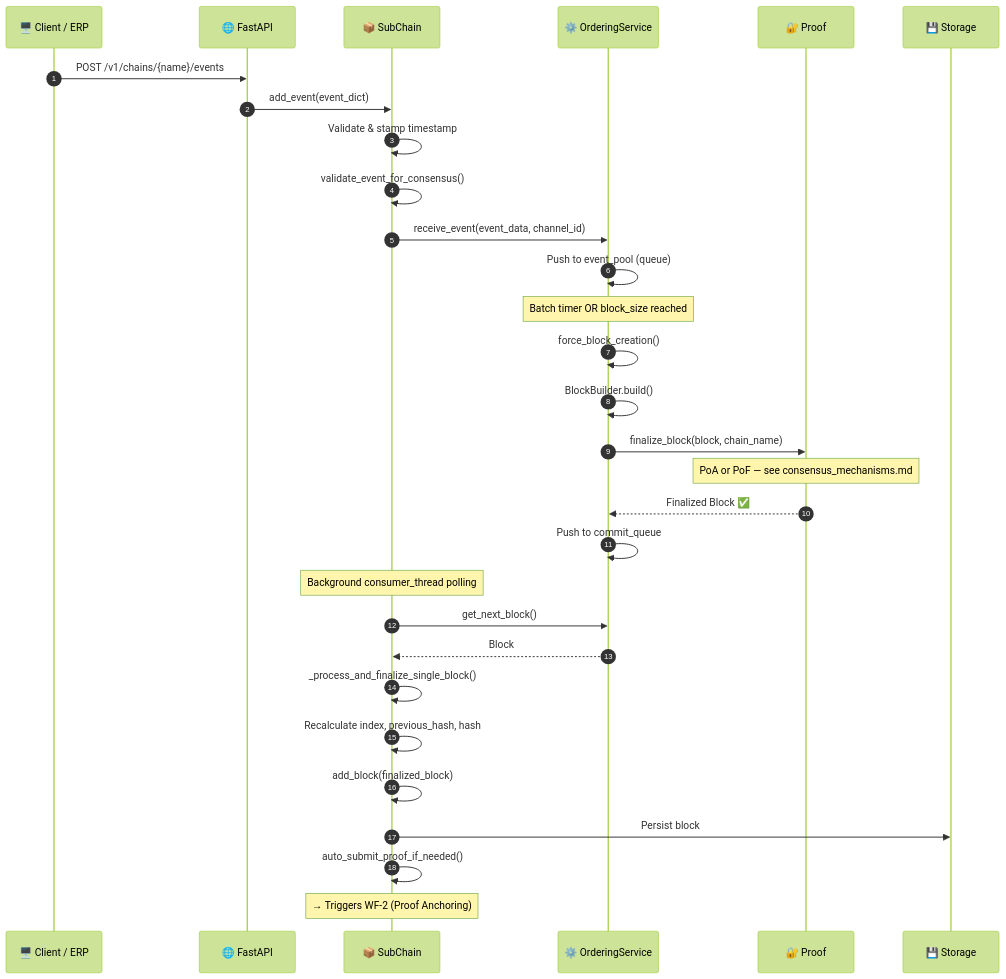
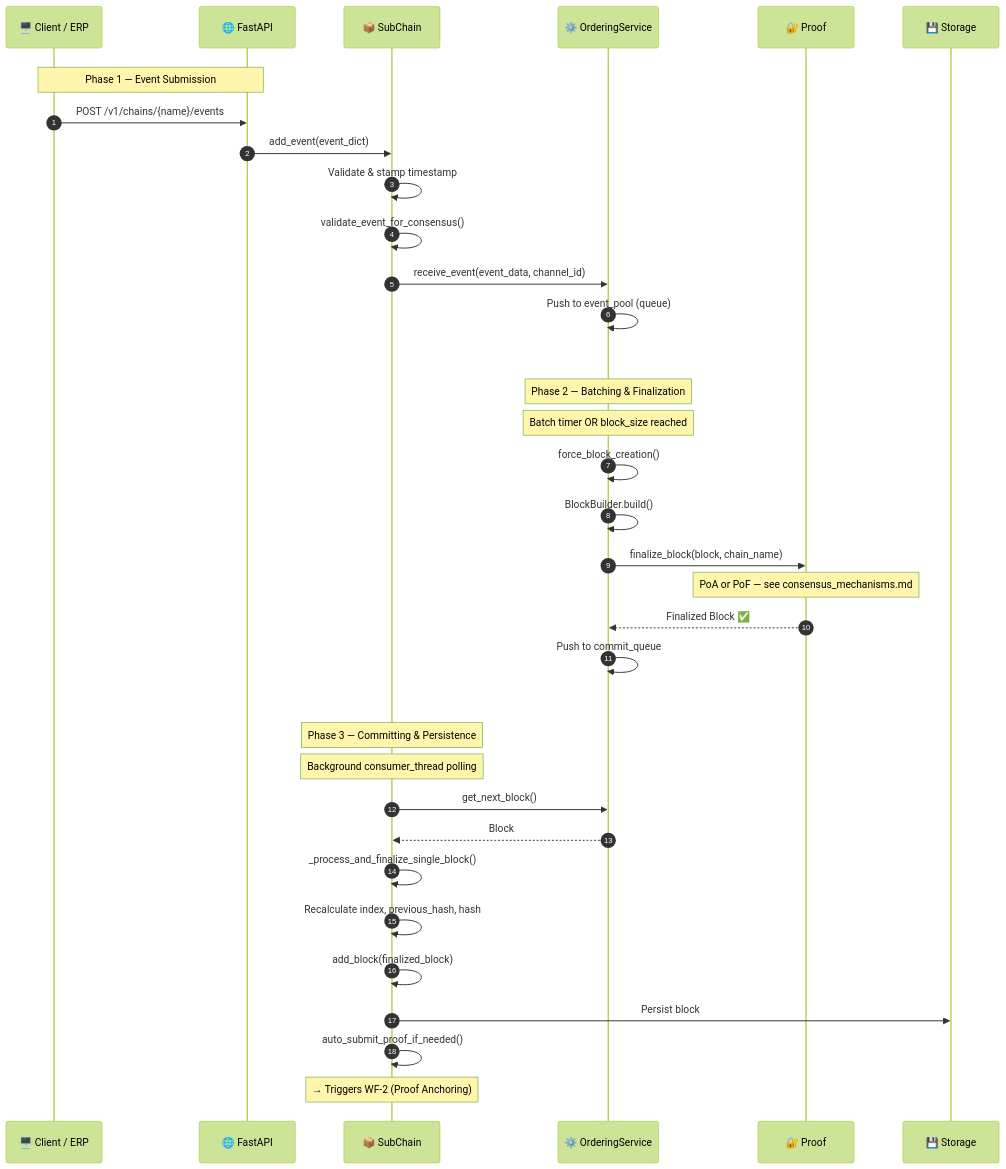
Before and after one commit to VanDung-dev/HieraChain: the diagram in docs/workflows/wf-01-event-submission.md, drawn with Mermaid (forest theme). The commit also changed 7 other files, not shown here.

First line of the commit message:
docs(workflows): standardize sequence diagrams and remove hardcoded styling

````diff
--- a/docs/workflows/wf-01-event-submission.md
+++ b/docs/workflows/wf-01-event-submission.md
@@ -22,40 +22,49 @@
 ```mermaid
 sequenceDiagram
     autonumber
     participant Client as 🖥️ Client / ERP
     participant API as 🌐 FastAPI
     participant SC as 📦 SubChain
     participant OS as ⚙️ OrderingService
     participant PRF as 🔐 Proof
     participant DB as 💾 Storage
 
-    Client->>API: POST /v1/chains/{name}/events
-    API->>SC: add_event(event_dict)
-    SC->>SC: Validate & stamp timestamp
-    SC->>SC: validate_event_for_consensus()
-    SC->>OS: receive_event(event_data, channel_id)
-    OS->>OS: Push to event_pool (queue)
+    rect rgb(0, 0, 0, 0)
+        Note over Client,API: Phase 1 — Event Submission
+        Client->>API: POST /v1/chains/{name}/events
+        API->>SC: add_event(event_dict)
+        SC->>SC: Validate & stamp timestamp
+        SC->>SC: validate_event_for_consensus()
+        SC->>OS: receive_event(event_data, channel_id)
+        OS->>OS: Push to event_pool (queue)
+    end
 
-    Note over OS: Batch timer OR block_size reached
+    rect rgb(0, 0, 0, 0)
+        Note over OS: Phase 2 — Batching & Finalization
+        Note over OS: Batch timer OR block_size reached
 
-    OS->>OS: force_block_creation()
-    OS->>OS: BlockBuilder.build()
-    OS->>PRF: finalize_block(block, chain_name)
+        OS->>OS: force_block_creation()
+        OS->>OS: BlockBuilder.build()
+        OS->>PRF: finalize_block(block, chain_name)
 
-    Note over PRF: PoA or PoF — see consensus_mechanisms.md
+        Note over PRF: PoA or PoF — see consensus_mechanisms.md
 
-    PRF-->>OS: Finalized Block ✅
-    OS->>OS: Push to commit_queue
+        PRF-->>OS: Finalized Block ✅
+        OS->>OS: Push to commit_queue
+    end
 
-    Note over SC: Background consumer_thread polling
+    rect rgb(0, 0, 0, 0)
+        Note over SC: Phase 3 — Committing & Persistence
+        Note over SC: Background consumer_thread polling
 
-    SC->>OS: get_next_block()
-    OS-->>SC: Block
-    SC->>SC: _process_and_finalize_single_block()
-    SC->>SC: Recalculate index, previous_hash, hash
-    SC->>SC: add_block(finalized_block)
-    SC->>DB: Persist block
-    SC->>SC: auto_submit_proof_if_needed()
+        SC->>OS: get_next_block()
+        OS-->>SC: Block
+        SC->>SC: _process_and_finalize_single_block()
+        SC->>SC: Recalculate index, previous_hash, hash
+        SC->>SC: add_block(finalized_block)
+        SC->>DB: Persist block
+        SC->>SC: auto_submit_proof_if_needed()
 
-    Note over SC: → Triggers WF-2 (Proof Anchoring)
+        Note over SC: → Triggers WF-2 (Proof Anchoring)
+    end
 ```
````
